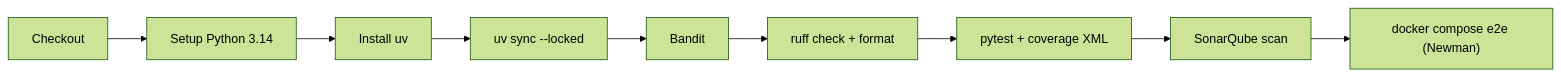
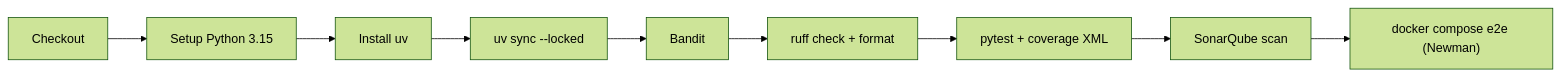
The fifth of 5 diagrams in README.md (mobal/personal-backend-service), drawn with Mermaid (forest theme) before and after one commit. The commit also changed other lines of this file and 12 other files, not shown here.

````diff
--- a/README.md
+++ b/README.md
@@ -359,11 +359,11 @@
 ```mermaid
 flowchart LR
-    A["Checkout"] --> B["Setup Python 3.14"]
+    A["Checkout"] --> B["Setup Python 3.15"]
     B --> C["Install uv"]
     C --> D["uv sync --locked"]
     D --> E["Bandit"]
     E --> F["ruff check + format"]
     F --> G["pytest + coverage XML"]
     G --> H["SonarQube scan"]
     H --> I["docker compose e2e (Newman)"]
 ```
````
